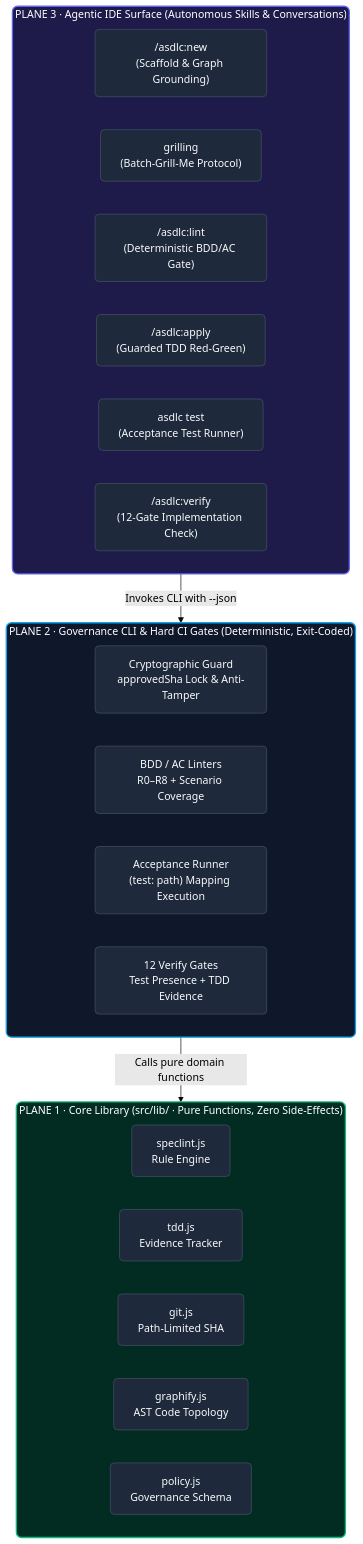
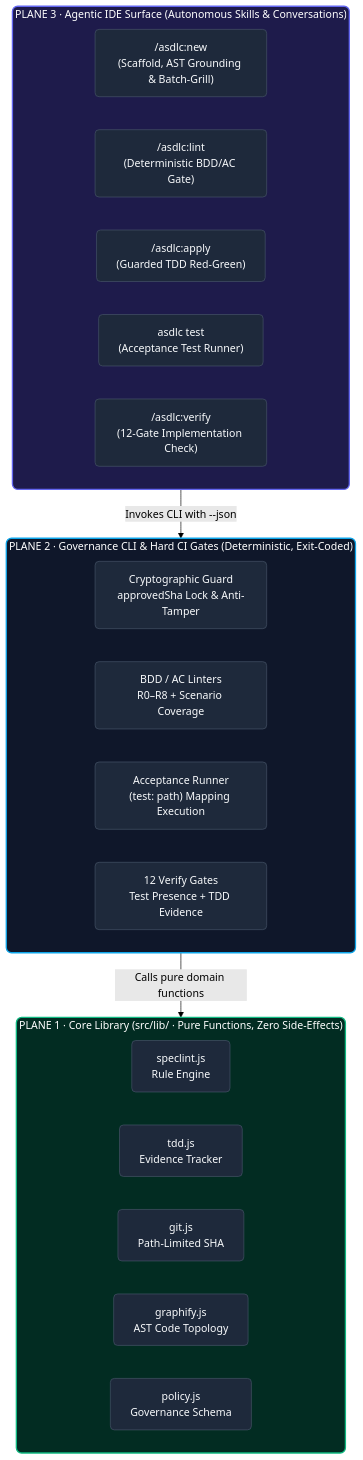
One commit to akjamie/agentic-sdlc changed the first of 3 diagrams in README.md. Above: the diagram before and after it, drawn with Mermaid (forest theme). The commit also changed other lines of this file, not shown here.

Commit message:
fix(readme): embed batch-grill-me directly into Stage 2 (new) in architecture and stages diagrams

````diff
--- a/README.md
+++ b/README.md
@@ -55,42 +55,41 @@
 ```mermaid
 flowchart TD
     subgraph P3 ["PLANE 3 · Agentic IDE Surface (Autonomous Skills & Conversations)"]
         direction LR
-        S_NEW["/asdlc:new<br/>(Scaffold & Graph Grounding)"]
-        S_GRILL["grilling<br/>(Batch-Grill-Me Protocol)"]
+        S_NEW["/asdlc:new<br/>(Scaffold, AST Grounding & Batch-Grill)"]
         S_LINT["/asdlc:lint<br/>(Deterministic BDD/AC Gate)"]
         S_APPLY["/asdlc:apply<br/>(Guarded TDD Red-Green)"]
         S_TEST["asdlc test<br/>(Acceptance Test Runner)"]
         S_VERIFY["/asdlc:verify<br/>(12-Gate Implementation Check)"]
     end
 
     subgraph P2 ["PLANE 2 · Governance CLI & Hard CI Gates (Deterministic, Exit-Coded)"]
         direction LR
         C_GUARD["Cryptographic Guard<br/>approvedSha Lock & Anti-Tamper"]
         C_LINT["BDD / AC Linters<br/>R0–R8 + Scenario Coverage"]
         C_RUNNER["Acceptance Runner<br/>(test: path) Mapping Execution"]
         C_VERIFY["12 Verify Gates<br/>Test Presence + TDD Evidence"]
     end
 
     subgraph P1 ["PLANE 1 · Core Library (src/lib/ · Pure Functions, Zero Side-Effects)"]
         direction LR
         L_SPEC["speclint.js<br/>Rule Engine"]
         L_TDD["tdd.js<br/>Evidence Tracker"]
         L_GIT["git.js<br/>Path-Limited SHA"]
         L_GRAPH["graphify.js<br/>AST Code Topology"]
         L_POLICY["policy.js<br/>Governance Schema"]
     end
 
     P3 -->|"Invokes CLI with --json"| P2
     P2 -->|"Calls pure domain functions"| P1
 
     classDef p3Style fill:#1e1b4b,stroke:#6366f1,stroke-width:2px,color:#ffffff,rx:8px,ry:8px;
     classDef p2Style fill:#0f172a,stroke:#0ea5e9,stroke-width:2px,color:#ffffff,rx:8px,ry:8px;
     classDef p1Style fill:#022c22,stroke:#10b981,stroke-width:2px,color:#ffffff,rx:8px,ry:8px;
     classDef nodeStyle fill:#1e293b,stroke:#475569,stroke-width:1px,color:#f8fafc,rx:6px,ry:6px;
 
     class P3 p3Style;
     class P2 p2Style;
     class P1 p1Style;
-    class S_NEW,S_GRILL,S_LINT,S_APPLY,S_TEST,S_VERIFY,C_GUARD,C_LINT,C_RUNNER,C_VERIFY,L_SPEC,L_TDD,L_GIT,L_GRAPH,L_POLICY nodeStyle;
+    class S_NEW,S_LINT,S_APPLY,S_TEST,S_VERIFY,C_GUARD,C_LINT,C_RUNNER,C_VERIFY,L_SPEC,L_TDD,L_GIT,L_GRAPH,L_POLICY nodeStyle;
 ```
````
